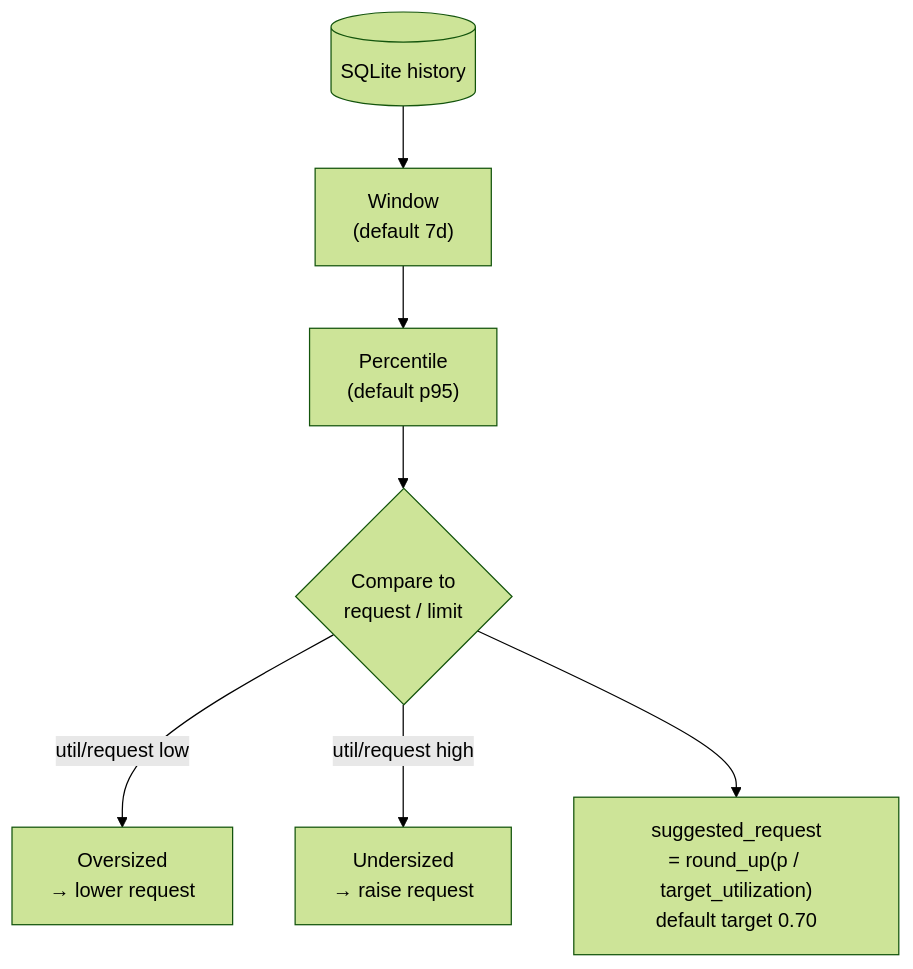
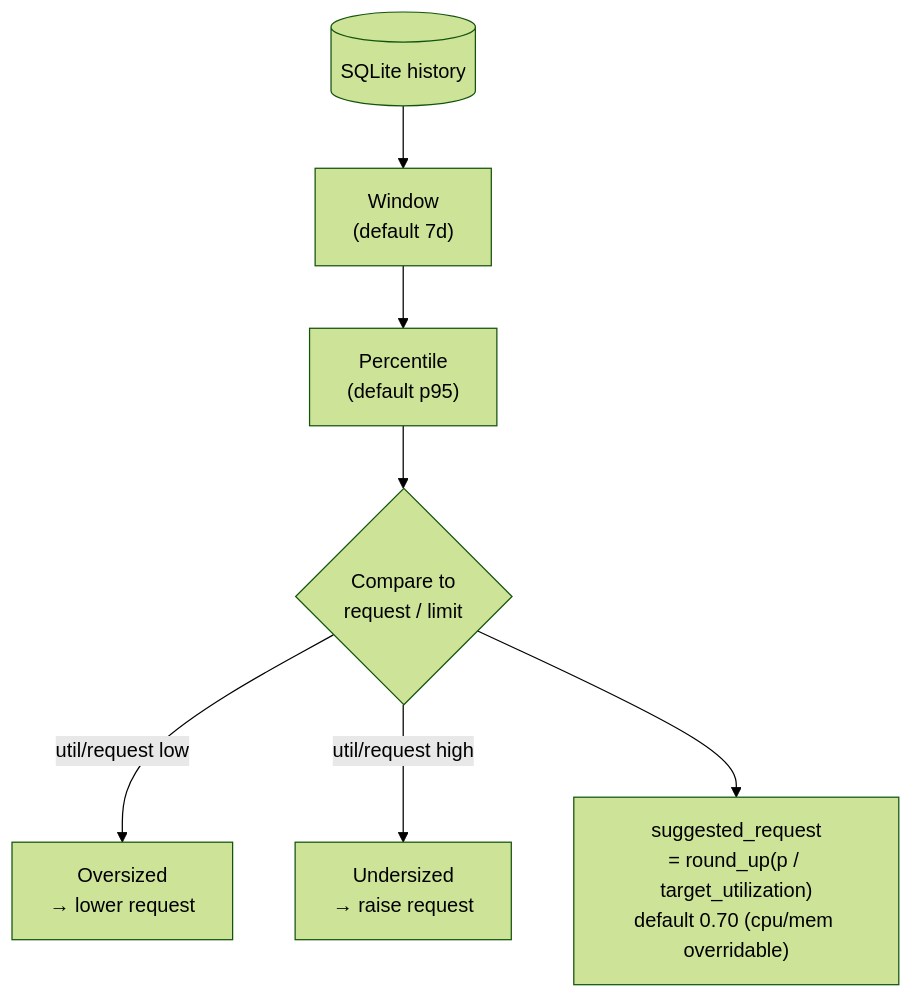
The second of 2 diagrams in docs/measurement-and-rightsizing.md (hrodrig/kpm), drawn with Mermaid (forest theme) before and after one commit. The commit also changed other lines of this file and 12 other files, not shown here.

First line of the commit message:
feat(recommend): separate cpu and memory target utilization

````diff
--- a/docs/measurement-and-rightsizing.md
+++ b/docs/measurement-and-rightsizing.md
@@ -99,9 +99,9 @@
 ```mermaid
 flowchart TD
   DB[(SQLite history)] --> W["Window\n(default 7d)"]
   W --> P["Percentile\n(default p95)"]
   P --> V{"Compare to\nrequest / limit"}
   V -->|util/request low| O["Oversized\n→ lower request"]
   V -->|util/request high| U["Undersized\n→ raise request"]
-  V --> S["suggested_request\n= round_up(p / target_utilization)\ndefault target 0.70"]
+  V --> S["suggested_request\n= round_up(p / target_utilization)\ndefault 0.70 (cpu/mem overridable)"]
 ```
````
